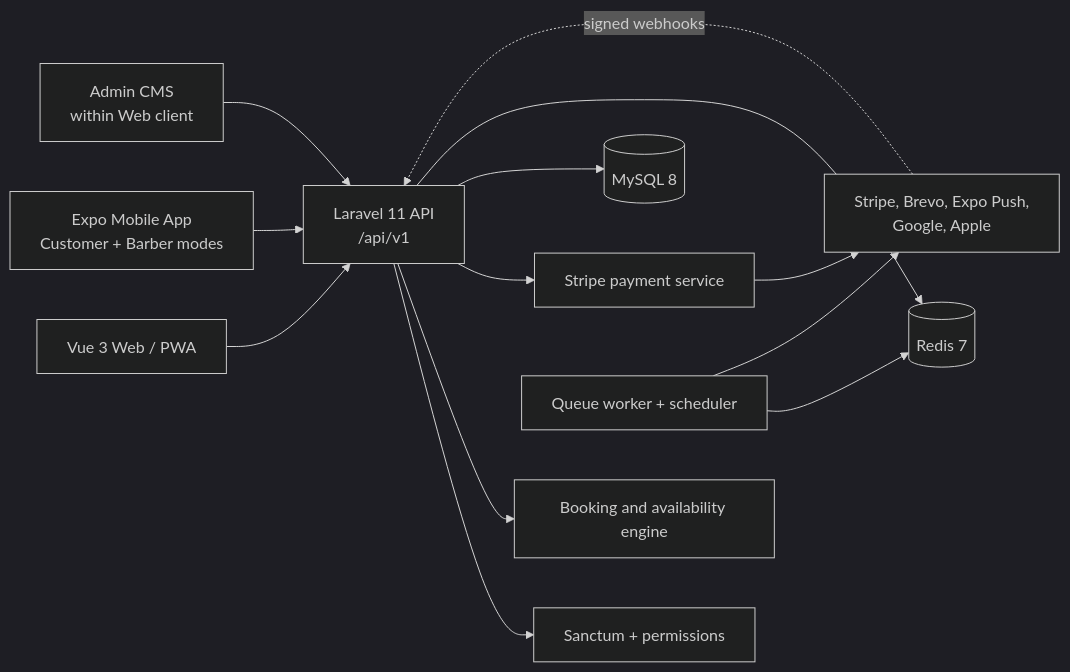
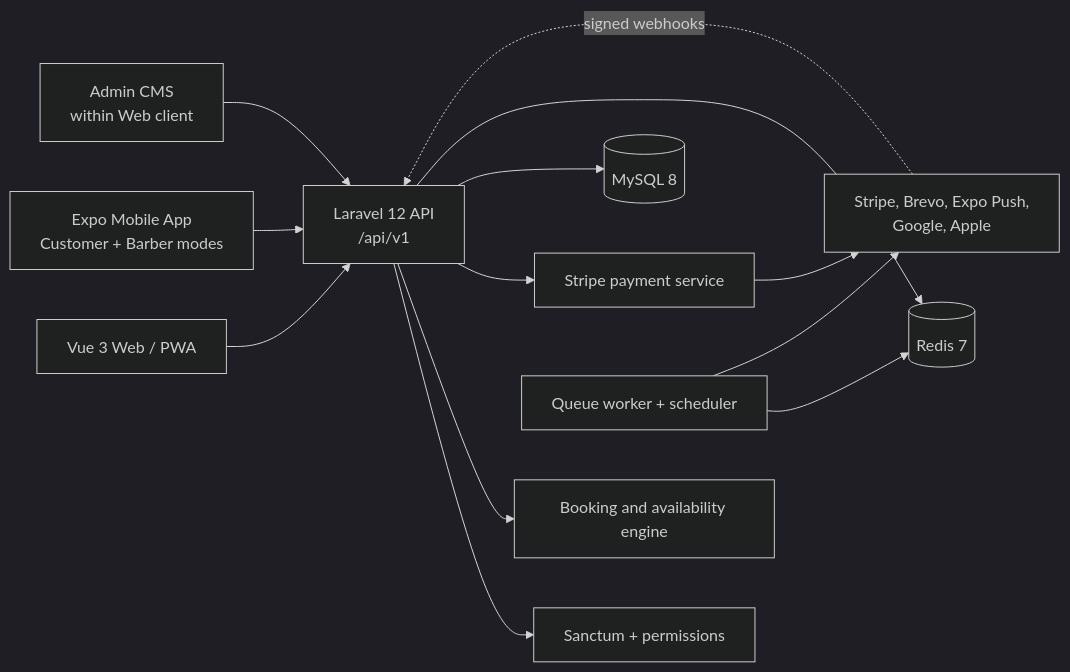
The diagram in README.md (Jay-kod/candycutz), drawn with Mermaid (dark theme) before and after one commit. The commit also changed other lines of this file and 10 other files, not shown here.

````diff
--- a/README.md
+++ b/README.md
@@ -20,27 +20,27 @@
 ```mermaid
 flowchart LR
     Web[Vue 3 Web / PWA]
     Mobile[Expo Mobile App\nCustomer + Barber modes]
     CMS[Admin CMS\nwithin Web client]
-    API[Laravel 11 API\n/api/v1]
+    API[Laravel 12 API\n/api/v1]
     Auth[Sanctum + permissions]
     Booking[Booking and availability engine]
     Payment[Stripe payment service]
     DB[(MySQL 8)]
     Redis[(Redis 7)]
     Worker[Queue worker + scheduler]
     External[Stripe, Brevo, Expo Push,\nGoogle, Apple]
 
     Web --> API
     Mobile --> API
     CMS --> API
     API --> Auth
     API --> Booking
     API --> Payment
     API --> DB
     API --> Redis
     Worker --> Redis
     Worker --> External
     Payment --> External
     External -. signed webhooks .-> API
 ```
````
